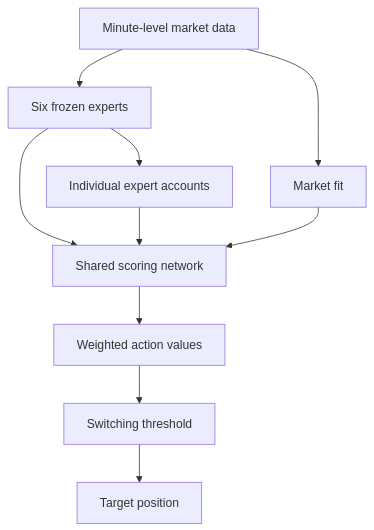
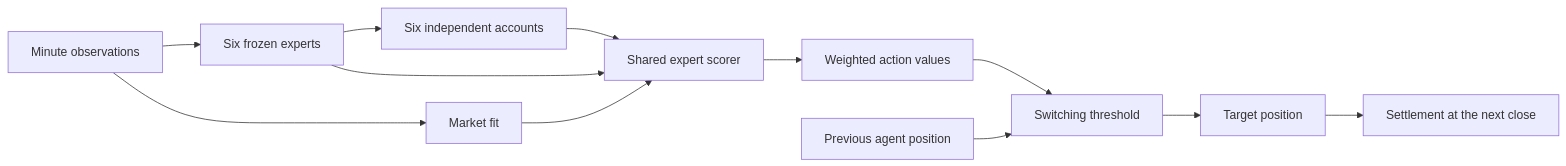
One commit to Yamila56/eth-expert-routing changed the diagram in README.md. Above: the diagram before and after it, drawn with Mermaid. The commit also changed other lines of this file, not shown here.

````diff
--- a/README.md
+++ b/README.md
@@ -9,12 +14,14 @@
 ```mermaid
-flowchart TD
-    M[Minute-level market data] --> X[Six frozen experts]
+flowchart LR
+    M[Minute observations] --> X[Six frozen experts]
+    X --> L[Six independent accounts]
     M --> F[Market fit]
-    X --> B[Individual expert accounts]
-    X --> R[Shared scoring network]
-    B --> R
+    L --> R[Shared expert scorer]
     F --> R
+    X --> R
     R --> Q[Weighted action values]
     Q --> G[Switching threshold]
+    P[Previous agent position] --> G
     G --> A[Target position]
+    A --> S[Settlement at the next close]
 ```
````
